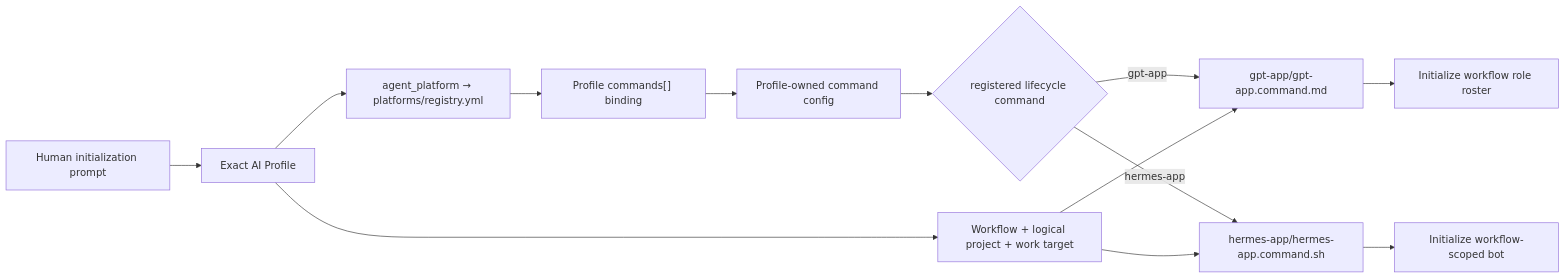
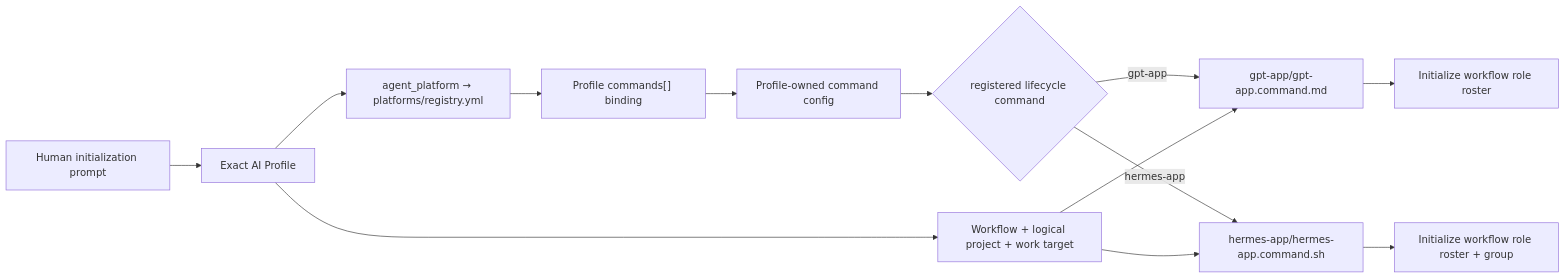
The diagram in AGENTS.md (starodubtsevconsulting/ai-fleas), drawn with Mermaid before and after one commit. The commit also changed other lines of this file and 5 other files, not shown here.

````diff
--- a/AGENTS.md
+++ b/AGENTS.md
@@ -46,15 +46,15 @@
 ```mermaid
 flowchart LR
   Prompt["Human initialization prompt"] --> Profile["Exact AI Profile"]
   Profile --> Scope["Workflow + logical project + work target"]
   Profile --> Platform["agent_platform → platforms/registry.yml"]
   Platform --> Binding["Profile commands[] binding"]
   Binding --> Config["Profile-owned command config"]
   Config --> Decision{"registered lifecycle command"}
   Decision -->|gpt-app| GPT["gpt-app/gpt-app.command.md"]
   Decision -->|hermes-app| Hermes["hermes-app/hermes-app.command.sh"]
   GPT --> GPTResult["Initialize workflow role roster"]
-  Hermes --> HermesResult["Initialize workflow-scoped bot"]
+  Hermes --> HermesResult["Initialize workflow role roster + group"]
   Scope --> GPT
   Scope --> Hermes
 ```
````
